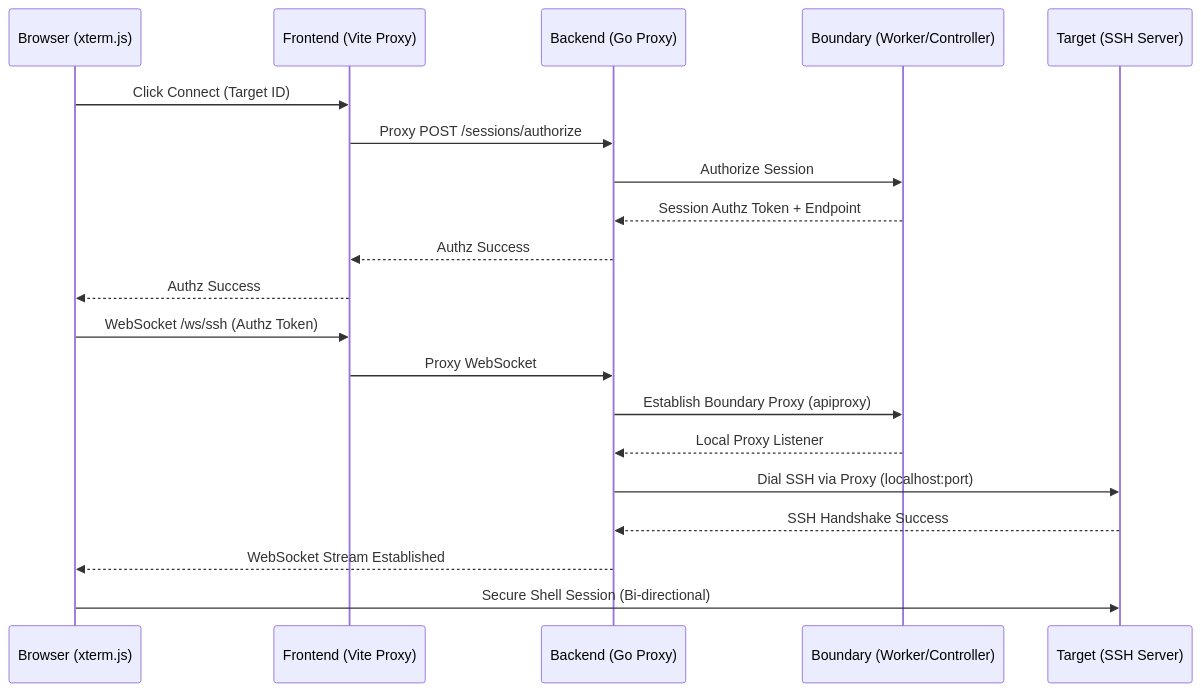
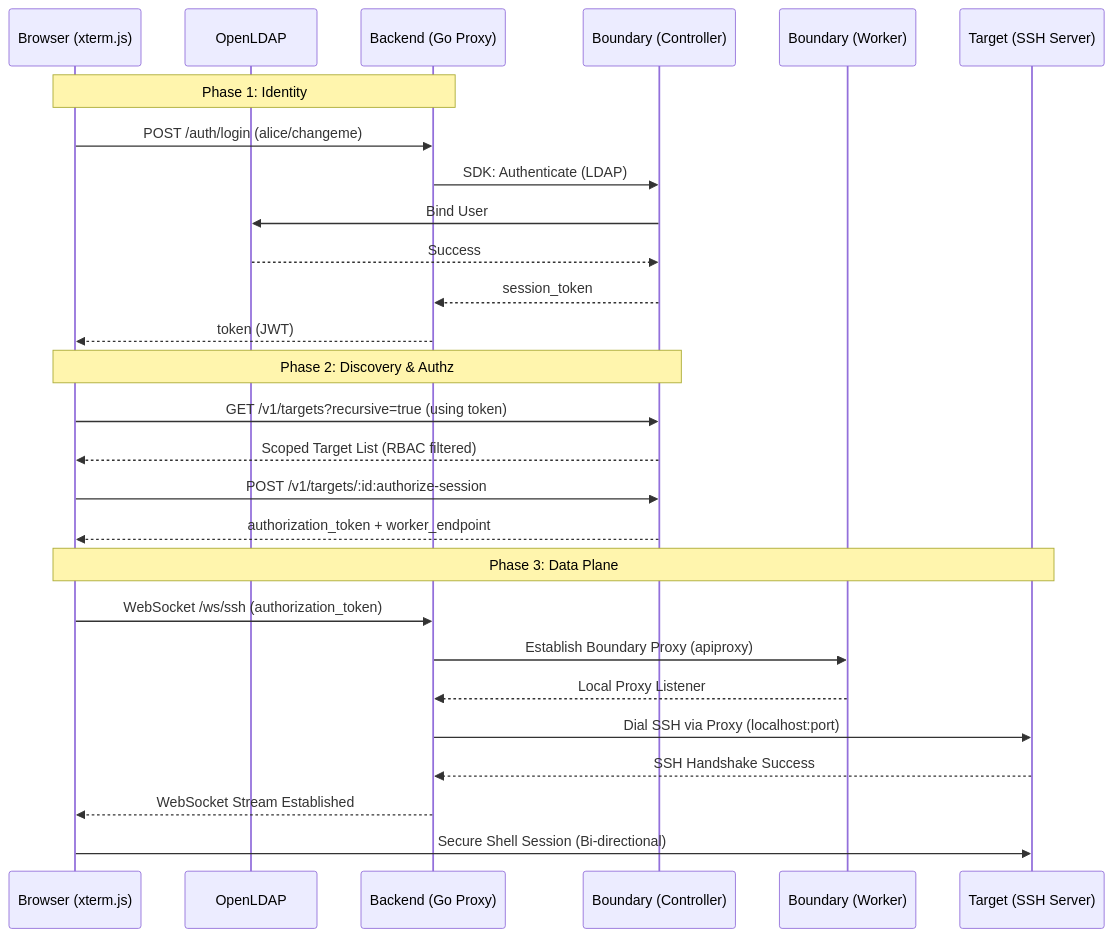
One commit to arsenyspb/comet-boundary changed the second of 2 diagrams in README.md. Above: the diagram before and after it, drawn with Mermaid. The commit also changed other lines of this file and 6 other files, not shown here.

First line of the commit message:
refactor: implement Thin Protocol Gateway & dynamic target discovery

````diff
--- a/README.md
+++ b/README.md
@@ -59,23 +62,32 @@
 ```mermaid
 sequenceDiagram
     participant User as Browser (xterm.js)
-    participant Front as Frontend (Vite Proxy)
+    participant LDAP as OpenLDAP
     participant Back as Backend (Go Proxy)
-    participant Bound as Boundary (Worker/Controller)
+    participant Bound as Boundary (Controller)
+    participant Work as Boundary (Worker)
     participant SSH as Target (SSH Server)
 
-    User->>Front: Click Connect (Target ID)
-    Front->>Back: Proxy POST /sessions/authorize
-    Back->>Bound: Authorize Session
-    Bound-->>Back: Session Authz Token + Endpoint
-    Back-->>Front: Authz Success
-    Front-->>User: Authz Success
-    User->>Front: WebSocket /ws/ssh (Authz Token)
-    Front->>Back: Proxy WebSocket
-    Back->>Bound: Establish Boundary Proxy (apiproxy)
-    Bound-->>Back: Local Proxy Listener
+    Note over User,Back: Phase 1: Identity
+    User->>Back: POST /auth/login (alice/changeme)
+    Back->>Bound: SDK: Authenticate (LDAP)
+    Bound->>LDAP: Bind User
+    LDAP-->>Bound: Success
+    Bound-->>Back: session_token
+    Back-->>User: token (JWT)
+
+    Note over User,Bound: Phase 2: Discovery & Authz
+    User->>Bound: GET /v1/targets?recursive=true (using token)
+    Bound-->>User: Scoped Target List (RBAC filtered)
+    User->>Bound: POST /v1/targets/:id:authorize-session
+    Bound-->>User: authorization_token + worker_endpoint
+
+    Note over User,SSH: Phase 3: Data Plane
+    User->>Back: WebSocket /ws/ssh (authorization_token)
+    Back->>Work: Establish Boundary Proxy (apiproxy)
+    Work-->>Back: Local Proxy Listener
     Back->>SSH: Dial SSH via Proxy (localhost:port)
     SSH-->>Back: SSH Handshake Success
     Back-->>User: WebSocket Stream Established
     User->>SSH: Secure Shell Session (Bi-directional)
 ```
````
